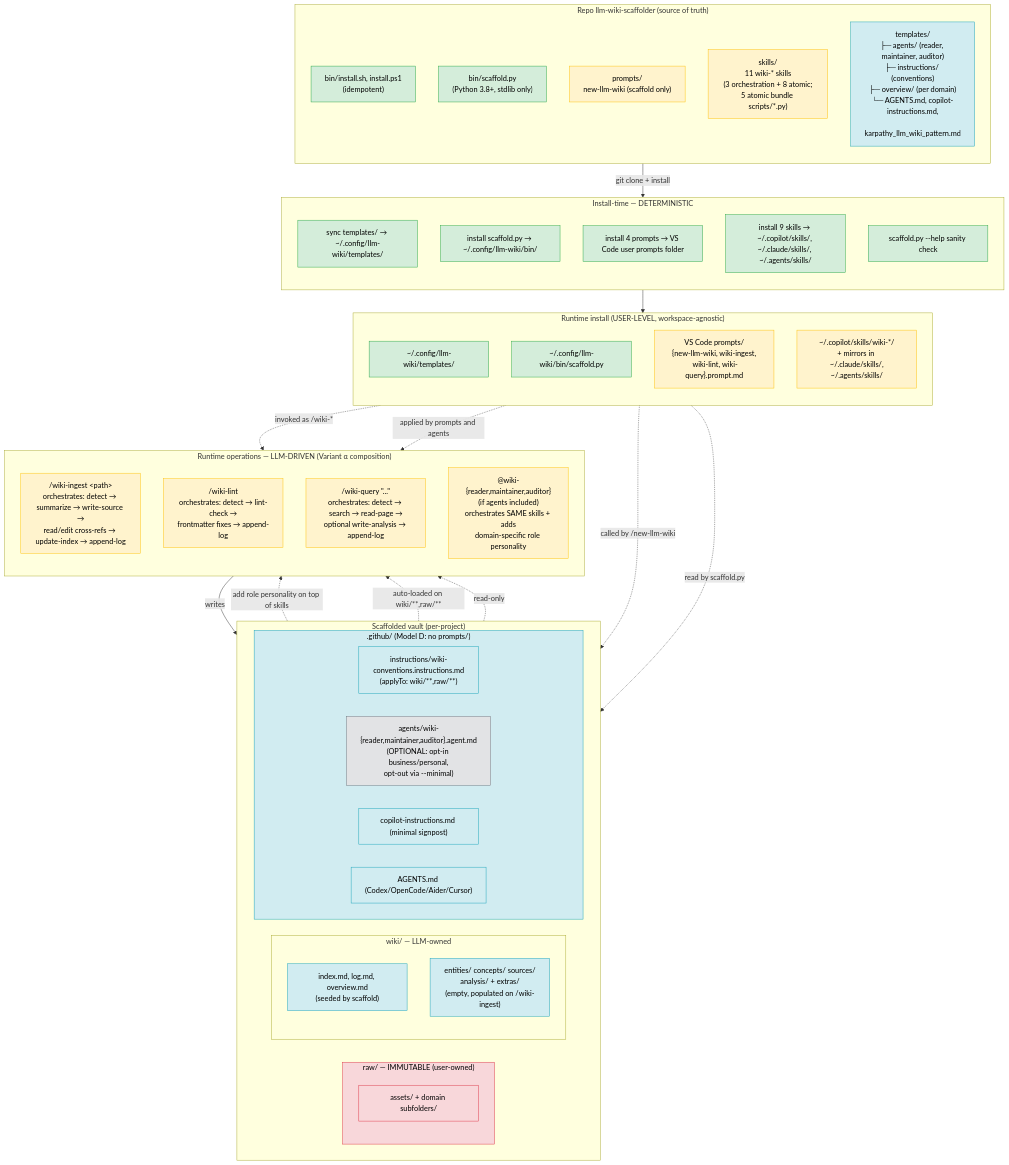
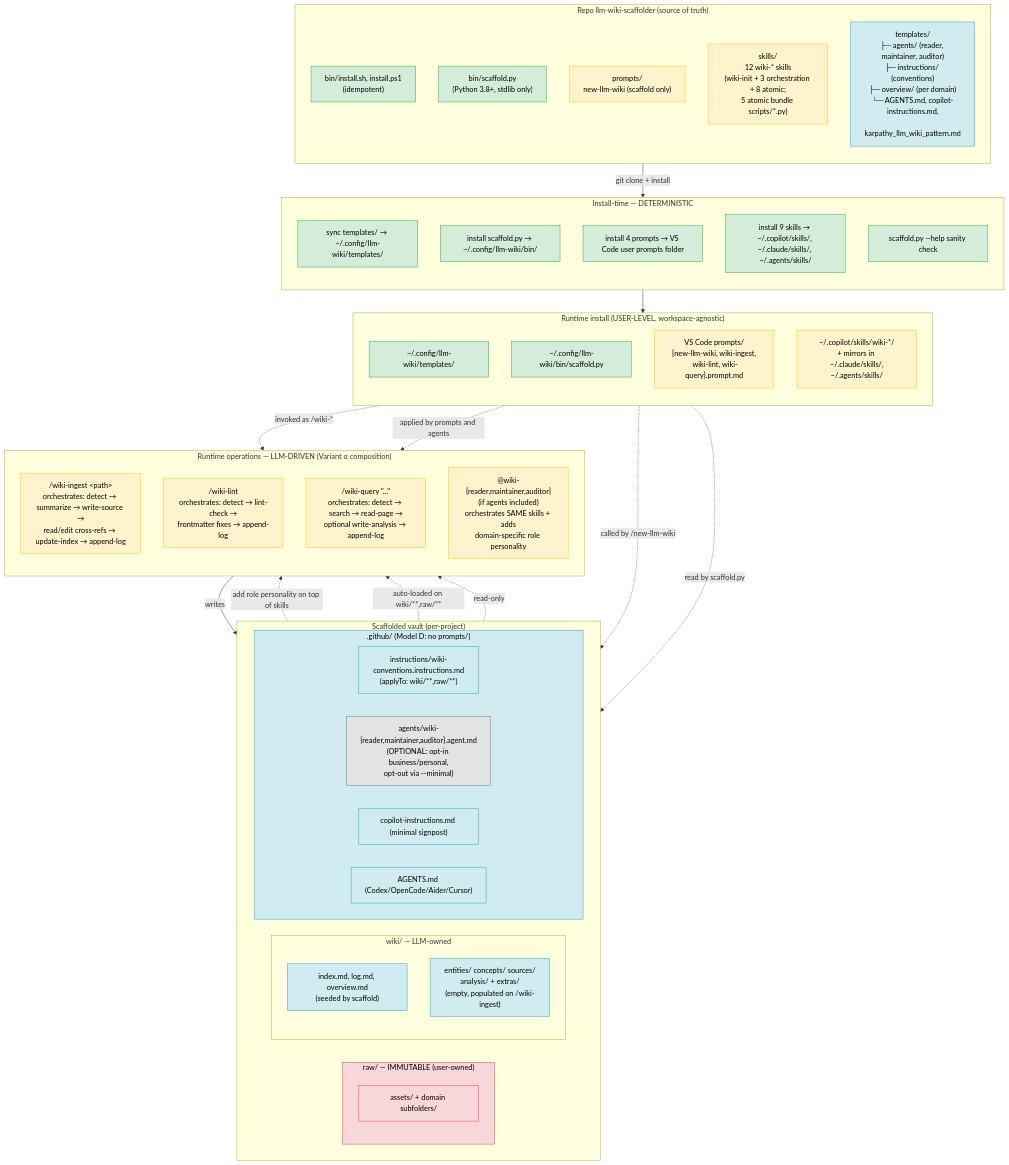
One commit to AntonioBilotta/Llm-Wiki-Scaffolder changed the first of 2 diagrams in ARCHITECTURE.md. Above: the diagram before and after it, drawn with Mermaid. The commit also changed other lines of this file and 6 other files, not shown here.

First line of the commit message:
feat(skills): add wiki-init, runtime-neutral skill form of /new-llm-wiki

````diff
--- a/ARCHITECTURE.md
+++ b/ARCHITECTURE.md
@@ -17,76 +17,76 @@
 ```mermaid
 flowchart TB
     subgraph REPO["Repo llm-wiki-scaffolder (source of truth)"]
         direction TB
         R_INSTALL["bin/install.sh, install.ps1<br/>(idempotent)"]
         R_SCAFFOLD["bin/scaffold.py<br/>(Python 3.8+, stdlib only)"]
         R_PROMPTS["prompts/<br/>new-llm-wiki (scaffold only)"]
-        R_SKILLS["skills/<br/>11 wiki-* skills<br/>(3 orchestration + 8 atomic;<br/>5 atomic bundle scripts/*.py)"]
+        R_SKILLS["skills/<br/>12 wiki-* skills<br/>(wiki-init + 3 orchestration + 8 atomic;<br/>5 atomic bundle scripts/*.py)"]
         R_TEMPLATES["templates/<br/>├─ agents/ (reader, maintainer, auditor)<br/>├─ instructions/ (conventions)<br/>├─ overview/ (per domain)<br/>└─ AGENTS.md, copilot-instructions.md,<br/>   karpathy_llm_wiki_pattern.md"]
     end
 
     subgraph INSTALL["Install-time — DETERMINISTIC"]
         direction TB
         I_TEMPLATES["sync templates/ → ~/.config/llm-wiki/templates/"]
         I_SCRIPT["install scaffold.py → ~/.config/llm-wiki/bin/"]
         I_PROMPTS["install 4 prompts → VS Code user prompts folder"]
         I_SKILLS["install 9 skills → ~/.copilot/skills/, ~/.claude/skills/, ~/.agents/skills/"]
         I_VERIFY["scaffold.py --help sanity check"]
     end
 
     subgraph USER_HOME["Runtime install (USER-LEVEL, workspace-agnostic)"]
         direction TB
         H_TEMPLATES["~/.config/llm-wiki/templates/"]
         H_SCRIPT["~/.config/llm-wiki/bin/scaffold.py"]
         H_PROMPTS["VS Code prompts/<br/>{new-llm-wiki, wiki-ingest,<br/> wiki-lint, wiki-query}.prompt.md"]
         H_SKILLS["~/.copilot/skills/wiki-*/<br/>+ mirrors in ~/.claude/skills/,<br/>~/.agents/skills/"]
     end
 
     subgraph VAULT["Scaffolded vault (per-project)"]
         direction LR
         subgraph V_RAW["raw/ — IMMUTABLE (user-owned)"]
             V_RAW_F["assets/ + domain subfolders/"]
         end
         subgraph V_WIKI["wiki/ — LLM-owned"]
             V_NAV["index.md, log.md, overview.md<br/>(seeded by scaffold)"]
             V_EMPTY["entities/ concepts/ sources/<br/>analysis/ + extras/<br/>(empty, populated on /wiki-ingest)"]
         end
         subgraph V_META[".github/ (Model D: no prompts/)"]
             V_INSTR["instructions/wiki-conventions.instructions.md<br/>(applyTo: wiki/**,raw/**)"]
             V_AGENTS["agents/wiki-{reader,maintainer,auditor}.agent.md<br/>(OPTIONAL: opt-in business/personal,<br/>opt-out via --minimal)"]
             V_SIGNPOST["copilot-instructions.md (minimal signpost)"]
             V_BRIDGE["AGENTS.md (Codex/OpenCode/Aider/Cursor)"]
         end
     end
 
     subgraph OPS["Runtime operations — LLM-DRIVEN (Variant α composition)"]
         direction TB
         OP_INGEST["/wiki-ingest &lt;path&gt;<br/>orchestrates: detect → summarize → write-source →<br/>read/edit cross-refs → update-index → append-log"]
         OP_LINT["/wiki-lint<br/>orchestrates: detect → lint-check →<br/>frontmatter fixes → append-log"]
         OP_QUERY["/wiki-query &quot;...&quot;<br/>orchestrates: detect → search → read-page →<br/>optional write-analysis → append-log"]
         OP_MAINT_DIRECT["@wiki-{reader,maintainer,auditor}<br/>(if agents included)<br/>orchestrates SAME skills + adds<br/>domain-specific role personality"]
     end
 
     REPO -->|"git clone + install"| INSTALL
     INSTALL --> USER_HOME
     H_PROMPTS -.->|"invoked as /wiki-*"| OPS
     H_SKILLS -.->|"applied by prompts and agents"| OPS
     H_SCRIPT -.->|"called by /new-llm-wiki"| VAULT
     H_TEMPLATES -.->|"read by scaffold.py"| VAULT
     OPS -->|"writes"| V_WIKI
     V_AGENTS -.->|"add role personality on top of skills"| OPS
     V_INSTR -.->|"auto-loaded on wiki/**,raw/**"| OPS
     V_RAW -.->|"read-only"| OPS
 
     classDef det fill:#d4edda,stroke:#28a745,color:#000
     classDef llm fill:#fff3cd,stroke:#ffc107,color:#000
     classDef data fill:#d1ecf1,stroke:#17a2b8,color:#000
     classDef immut fill:#f8d7da,stroke:#dc3545,color:#000
     classDef opt fill:#e2e3e5,stroke:#6c757d,color:#000
 
     class R_INSTALL,R_SCAFFOLD,I_TEMPLATES,I_SCRIPT,I_PROMPTS,I_SKILLS,I_VERIFY,H_TEMPLATES,H_SCRIPT det
     class R_PROMPTS,R_SKILLS,H_PROMPTS,H_SKILLS,OP_INGEST,OP_LINT,OP_QUERY,OP_MAINT_DIRECT llm
     class R_TEMPLATES,V_NAV,V_EMPTY,V_META,V_INSTR,V_SIGNPOST,V_BRIDGE data
     class V_RAW,V_RAW_F immut
     class V_AGENTS opt
 ```
````
